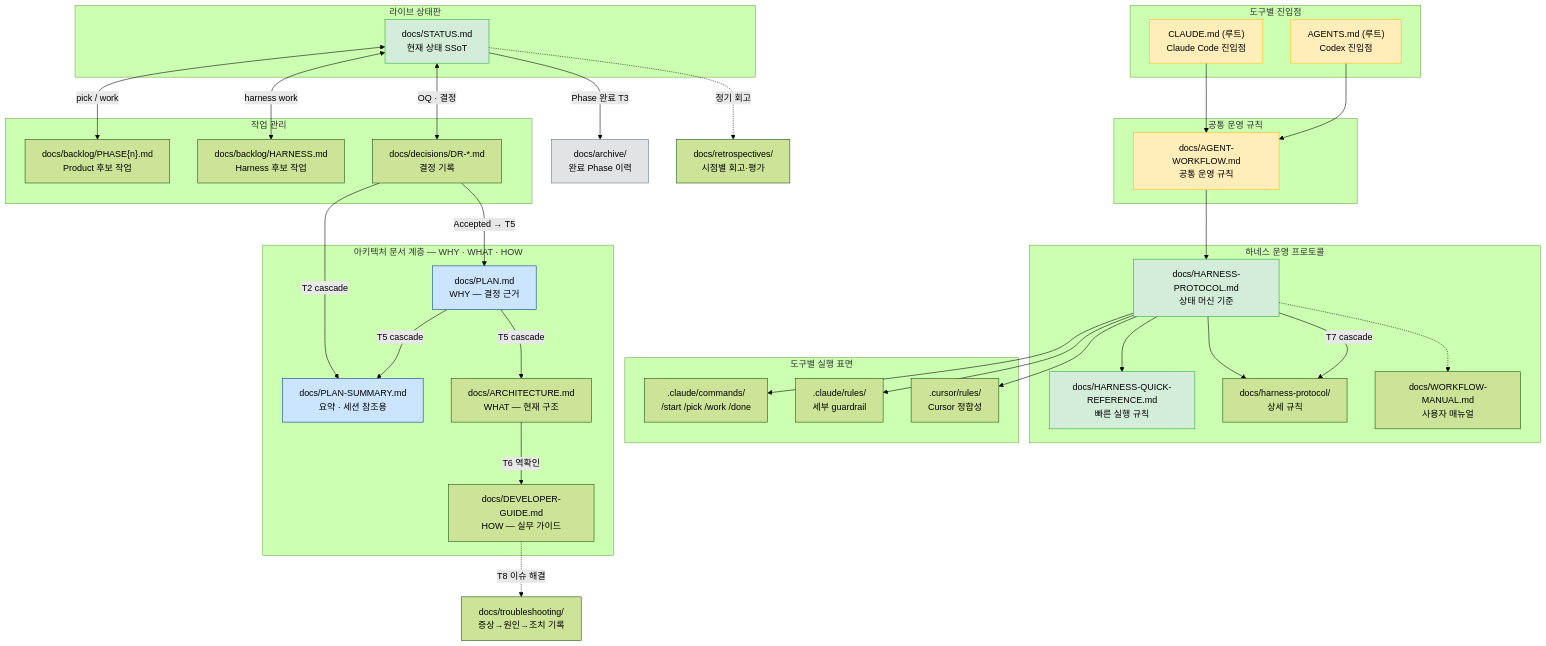
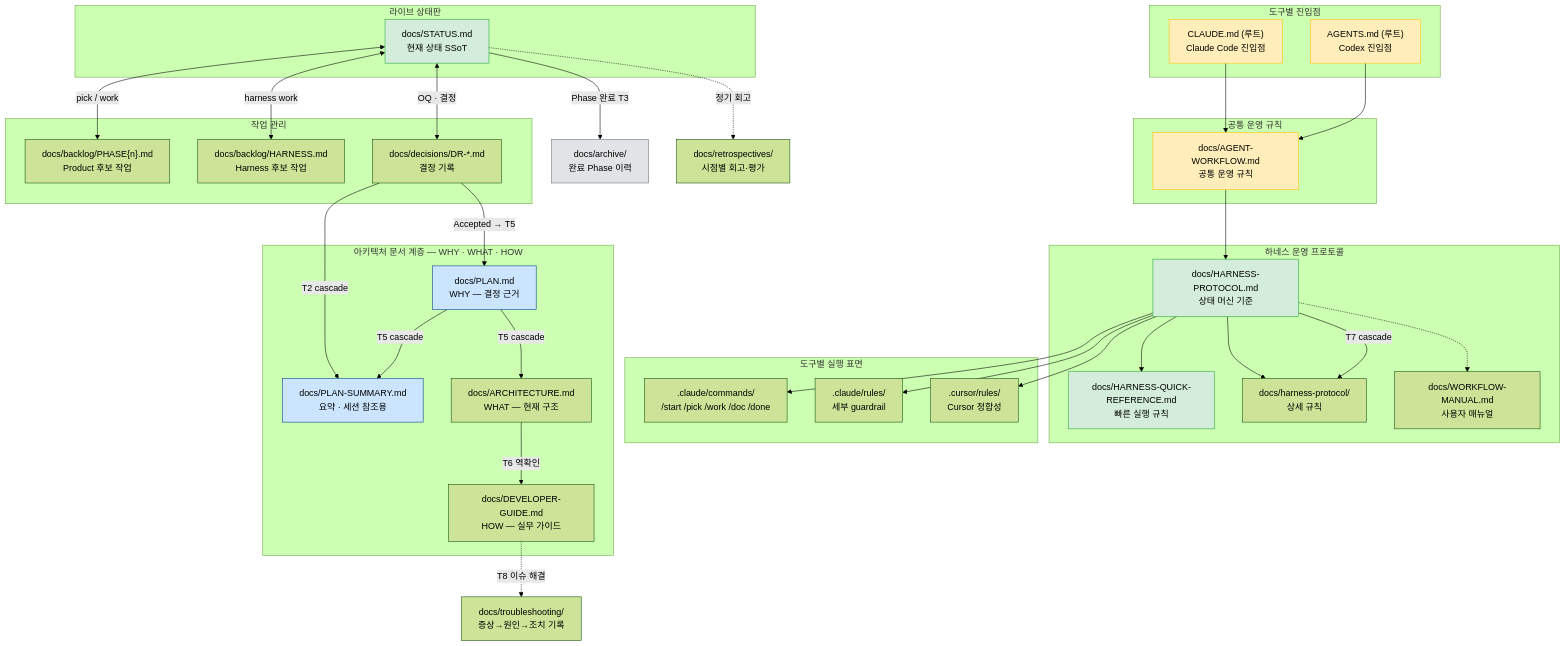
The second of 7 diagrams in docs/WORKFLOW-MANUAL.md (kyungseo/ai-workflow-harness), drawn with Mermaid (forest theme) before and after one commit. The commit also changed other lines of this file and 13 other files, not shown here.

````diff
--- a/docs/WORKFLOW-MANUAL.md
+++ b/docs/WORKFLOW-MANUAL.md
@@ -145,77 +146,77 @@
 ```mermaid
 graph TD
     subgraph ENTRY ["도구별 진입점"]
         CR["CLAUDE.md (루트)\nClaude Code 진입점"]
         AG["AGENTS.md (루트)\nCodex 진입점"]
     end
 
     subgraph SHARED ["공통 운영 규칙"]
         CD["docs/AGENT-WORKFLOW.md\n공통 운영 규칙"]
         CR --> CD
         AG --> CD
     end
 
     subgraph LIVE ["라이브 상태판"]
         ST["docs/STATUS.md\n현재 상태 SSoT"]
     end
 
     subgraph WORK ["작업 관리"]
         BL["docs/backlog/PHASE{n}.md\nProduct 후보 작업"]
         HB["docs/backlog/HARNESS.md\nHarness 후보 작업"]
         DR["docs/decisions/DR-*.md\n결정 기록"]
     end
 
     subgraph HPROTO ["하네스 운영 프로토콜"]
         HP["docs/HARNESS-PROTOCOL.md\n상태 머신 기준"]
         HQ["docs/HARNESS-QUICK-REFERENCE.md\n빠른 실행 규칙"]
         HD["docs/harness-protocol/\n상세 규칙"]
         WM["docs/WORKFLOW-MANUAL.md\n사용자 매뉴얼"]
     end
 
     subgraph TOOLS ["도구별 실행 표면"]
-        CMD[".claude/commands/\n/start /pick /work /done"]
+        CMD[".claude/commands/\n/start /pick /work /doc /done"]
         RULE[".claude/rules/\n세부 guardrail"]
         CUR[".cursor/rules/\nCursor 정합성"]
     end
 
     subgraph ADOCS ["아키텍처 문서 계층 — WHY · WHAT · HOW"]
         PS["docs/PLAN-SUMMARY.md\n요약 · 세션 참조용"]
         PL["docs/PLAN.md\nWHY — 결정 근거"]
         AR["docs/ARCHITECTURE.md\nWHAT — 현재 구조"]
         DG["docs/DEVELOPER-GUIDE.md\nHOW — 실무 가이드"]
     end
 
     ARC["docs/archive/\n완료 Phase 이력"]
     RETRO["docs/retrospectives/\n시점별 회고·평가"]
     TROUBLE["docs/troubleshooting/\n증상→원인→조치 기록"]
 
     ST <-->|pick / work| BL
     ST <-->|harness work| HB
     CD --> HP
     HP --> HQ
     HP --> HD
     HP -.-> WM
     HP --> CMD
     HP --> RULE
     HP --> CUR
     ST <-->|OQ · 결정| DR
     DR -->|"Accepted → T5"| PL
     DR -->|"T2 cascade"| PS
     PL -->|"T5 cascade"| AR
     PL -->|"T5 cascade"| PS
     AR -->|"T6 역확인"| DG
     HP -->|"T7 cascade"| HD
     ST -->|"Phase 완료 T3"| ARC
     ST -.->|"정기 회고"| RETRO
     DG -.->|"T8 이슈 해결"| TROUBLE
 
     style ST fill:#d4edda,stroke:#28a745
     style CR fill:#ffeeba,stroke:#ffc107
     style AG fill:#ffeeba,stroke:#ffc107
     style CD fill:#ffeeba,stroke:#ffc107
     style HP fill:#d4edda,stroke:#28a745
     style HQ fill:#d4edda,stroke:#28a745
     style PS fill:#cce5ff,stroke:#004085
     style PL fill:#cce5ff,stroke:#004085
     style ARC fill:#e2e3e5,stroke:#6c757d
 ```
````
